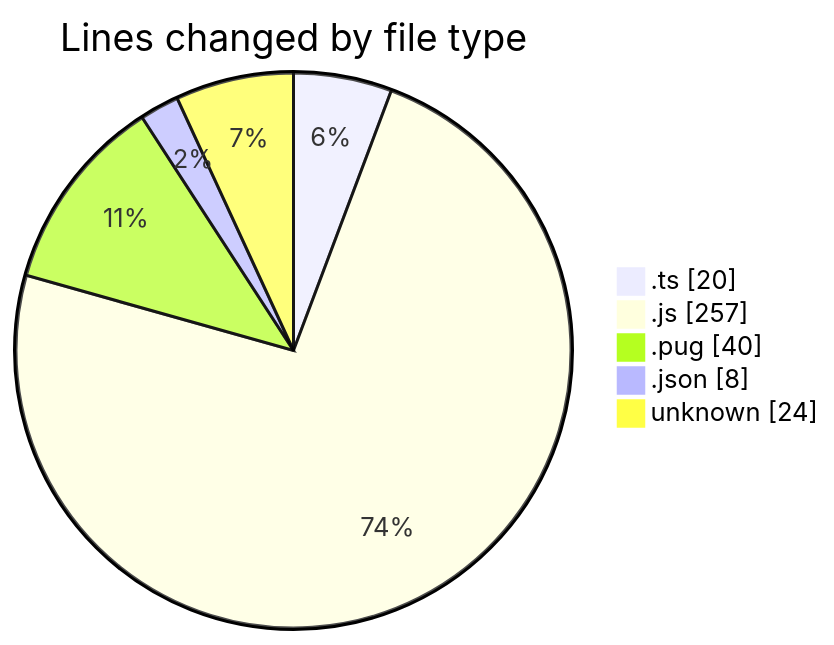
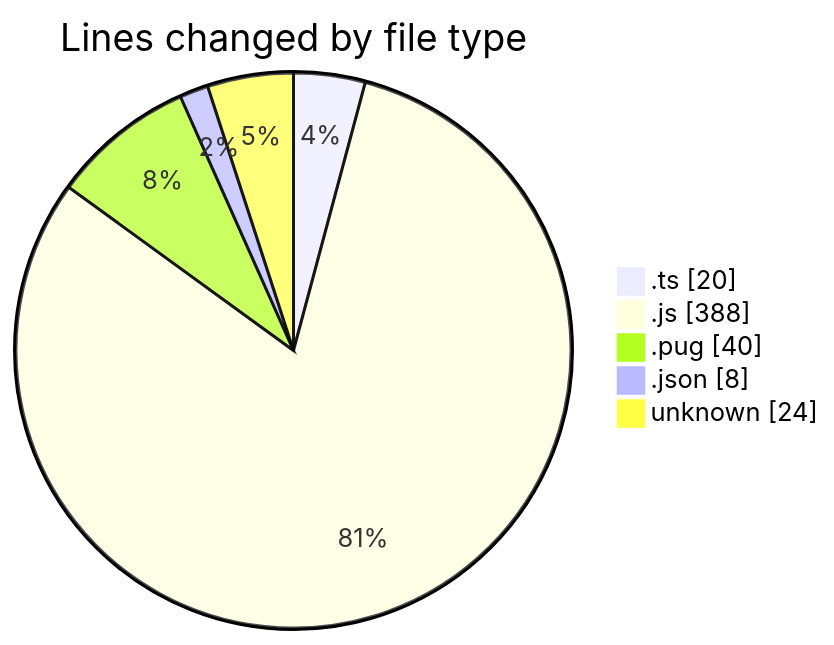
Before and after one commit to momahboobian/code-tracking: the first of 2 diagrams in 2025-02-25/cda/README.md, drawn with Mermaid. The commit also changed other lines of this file and 1 other file, not shown here.

````diff
--- a/2025-02-25/cda/README.md
+++ b/2025-02-25/cda/README.md
@@ -26,9 +26,9 @@
 ```mermaid
 pie showData
 title Lines changed by file type
 ".ts" : 20
-".js" : 257
+".js" : 388
 ".pug" : 40
 ".json" : 8
 "unknown" : 24
 ```
````
